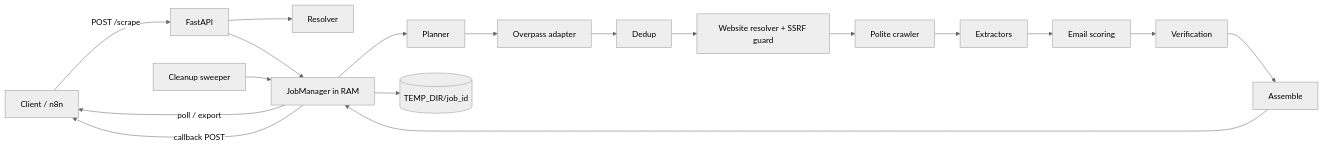
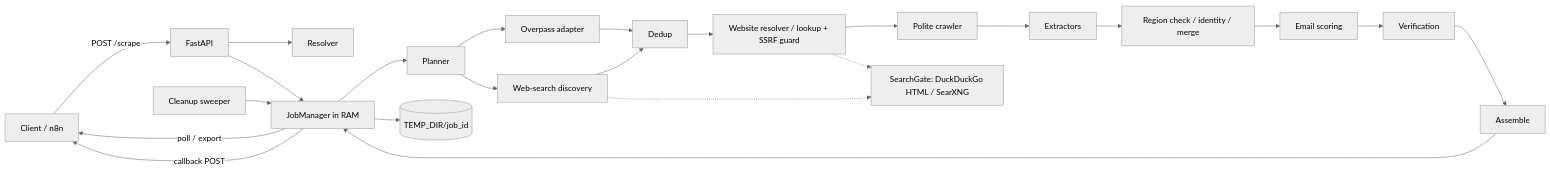
Before and after one commit to henny-bee/Lead-Scraper: the diagram in doc/architecture.md, drawn with Mermaid (neutral theme). The commit also changed other lines of this file and 133 other files, not shown here.

````diff
--- a/doc/architecture.md
+++ b/doc/architecture.md
@@ -57,14 +64,17 @@
 ```mermaid
 flowchart LR
     C[Client / n8n] -->|POST /scrape| API[FastAPI]
     API --> RES[Resolver]
     API --> JM[JobManager in RAM]
     JM --> P[Planner] --> D[Overpass adapter] --> DD[Dedup]
-    DD --> W[Website resolver + SSRF guard] --> CR[Polite crawler]
-    CR --> EX[Extractors] --> SC[Email scoring] --> V[Verification]
+    P --> WS[Web-search discovery] --> DD
+    DD --> W[Website resolver / lookup + SSRF guard] --> CR[Polite crawler]
+    W -.-> G[SearchGate: DuckDuckGo HTML / SearXNG]
+    WS -.-> G
+    CR --> EX[Extractors] --> RC[Region check / identity / merge] --> SC[Email scoring] --> V[Verification]
     V --> AS[Assemble] --> JM
     JM -->|poll / export| C
     JM -->|callback POST| C
     JM --> TMP[(TEMP_DIR/job_id)]
     SW[Cleanup sweeper] --> JM
 ```
````
